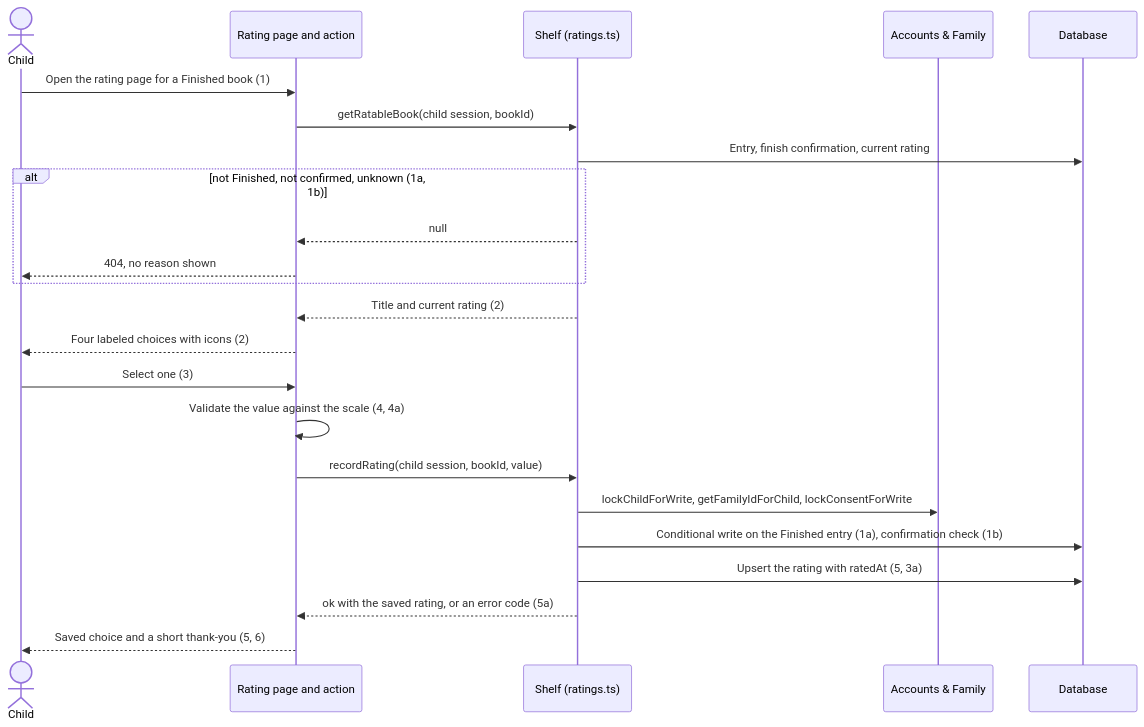
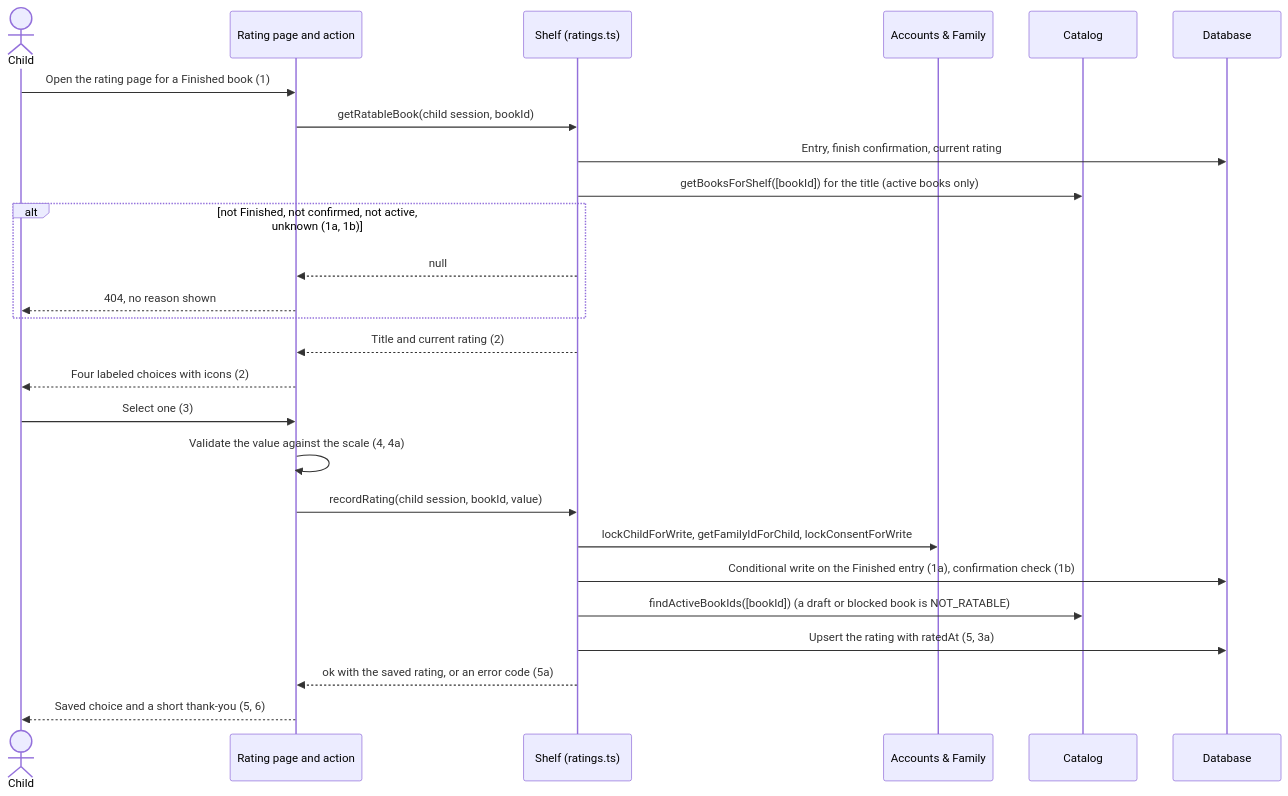
Before and after one commit to videogames21/book_buddies: the fifth of 12 diagrams in design/shlf.md, drawn with Mermaid. The commit also changed other lines of this file, not shown here.

Commit message:
Offer Rate only on a confirmed Finished entry, and show the active-book check (#79)

````diff
--- a/design/shlf.md
+++ b/design/shlf.md
@@ -343,25 +344,28 @@
 ```mermaid
 sequenceDiagram
     actor Child
     participant Page as Rating page and action
     participant Shelf as Shelf (ratings.ts)
     participant AF as Accounts & Family
+    participant CAT as Catalog
     participant DB as Database
     Child->>Page: Open the rating page for a Finished book (1)
     Page->>Shelf: getRatableBook(child session, bookId)
     Shelf->>DB: Entry, finish confirmation, current rating
-    alt not Finished, not confirmed, unknown (1a, 1b)
+    Shelf->>CAT: getBooksForShelf([bookId]) for the title (active books only)
+    alt not Finished, not confirmed, not active, unknown (1a, 1b)
         Shelf-->>Page: null
         Page-->>Child: 404, no reason shown
     end
     Shelf-->>Page: Title and current rating (2)
     Page-->>Child: Four labeled choices with icons (2)
     Child->>Page: Select one (3)
     Page->>Page: Validate the value against the scale (4, 4a)
     Page->>Shelf: recordRating(child session, bookId, value)
     Shelf->>AF: lockChildForWrite, getFamilyIdForChild, lockConsentForWrite
     Shelf->>DB: Conditional write on the Finished entry (1a), confirmation check (1b)
+    Shelf->>CAT: findActiveBookIds([bookId]) (a draft or blocked book is NOT_RATABLE)
     Shelf->>DB: Upsert the rating with ratedAt (5, 3a)
     Shelf-->>Page: ok with the saved rating, or an error code (5a)
     Page-->>Child: Saved choice and a short thank-you (5, 6)
 ```
````
